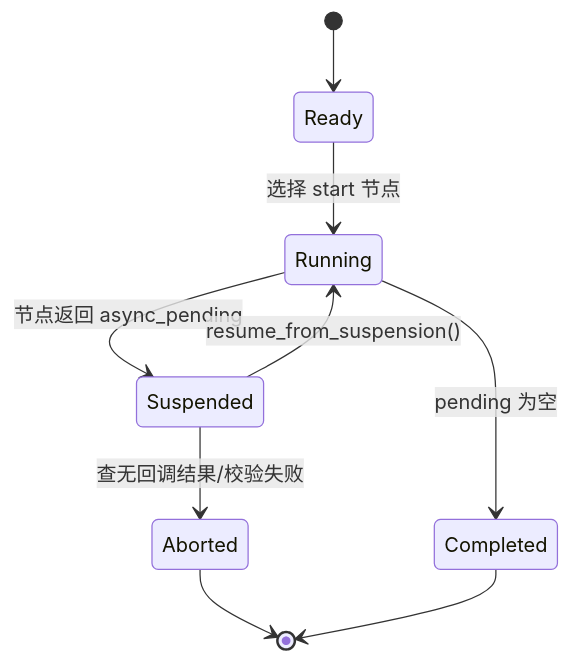
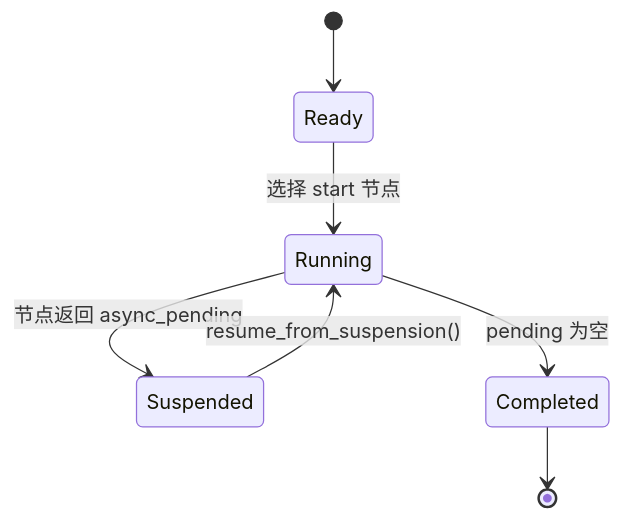
Before and after one commit to zhongkaifu/VelvetFlow: the second of 3 diagrams in README.md, drawn with Mermaid. The commit also changed other lines of this file and 5 other files, not shown here.

Commit message:
Update docs to reflect planner and validation flow

````diff
--- a/README.md
+++ b/README.md
@@ -43,11 +46,9 @@
 ```mermaid
 stateDiagram-v2
     [*] --> Ready
     Ready --> Running: 选择 start 节点
     Running --> Suspended: 节点返回 async_pending
     Suspended --> Running: resume_from_suspension()
     Running --> Completed: pending 为空
-    Suspended --> Aborted: 查无回调结果/校验失败
-    Aborted --> [*]
     Completed --> [*]
 ```
````
